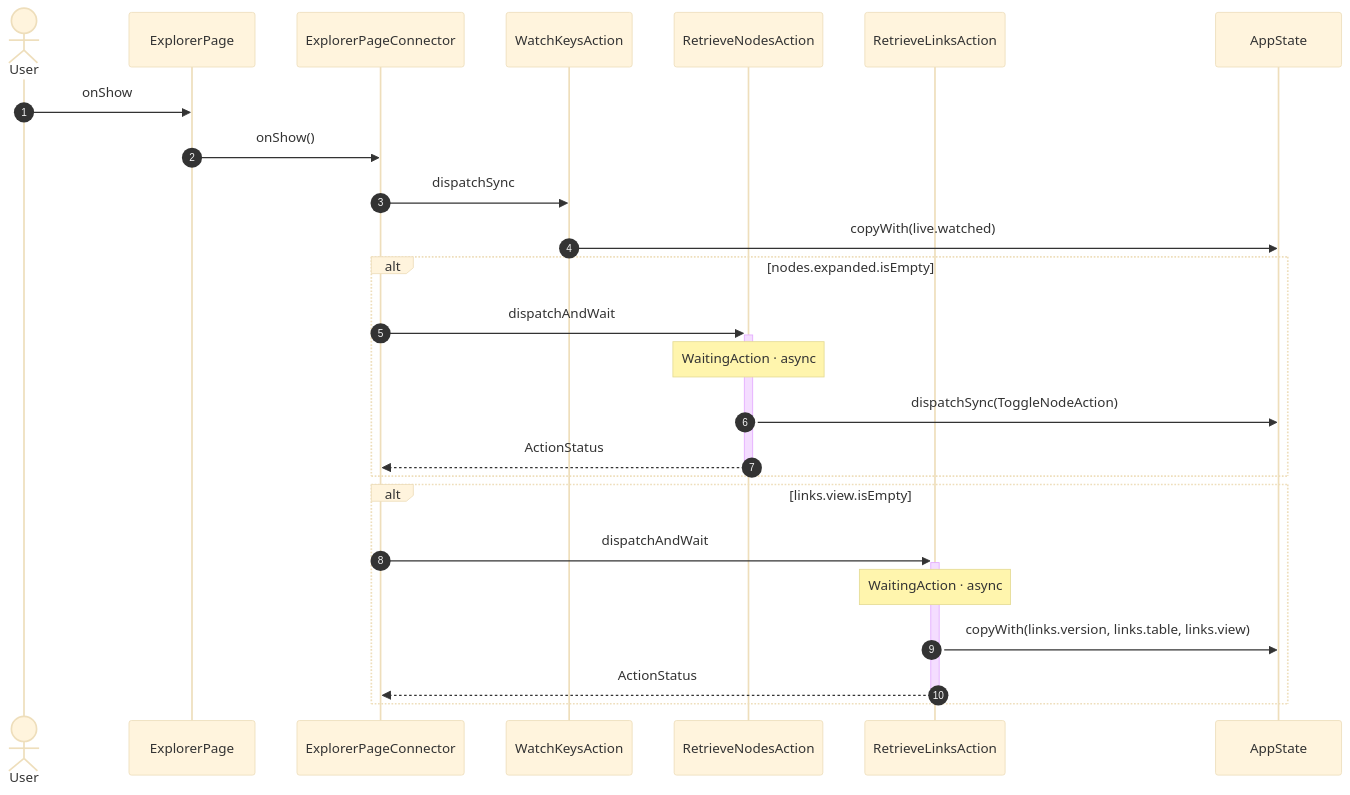
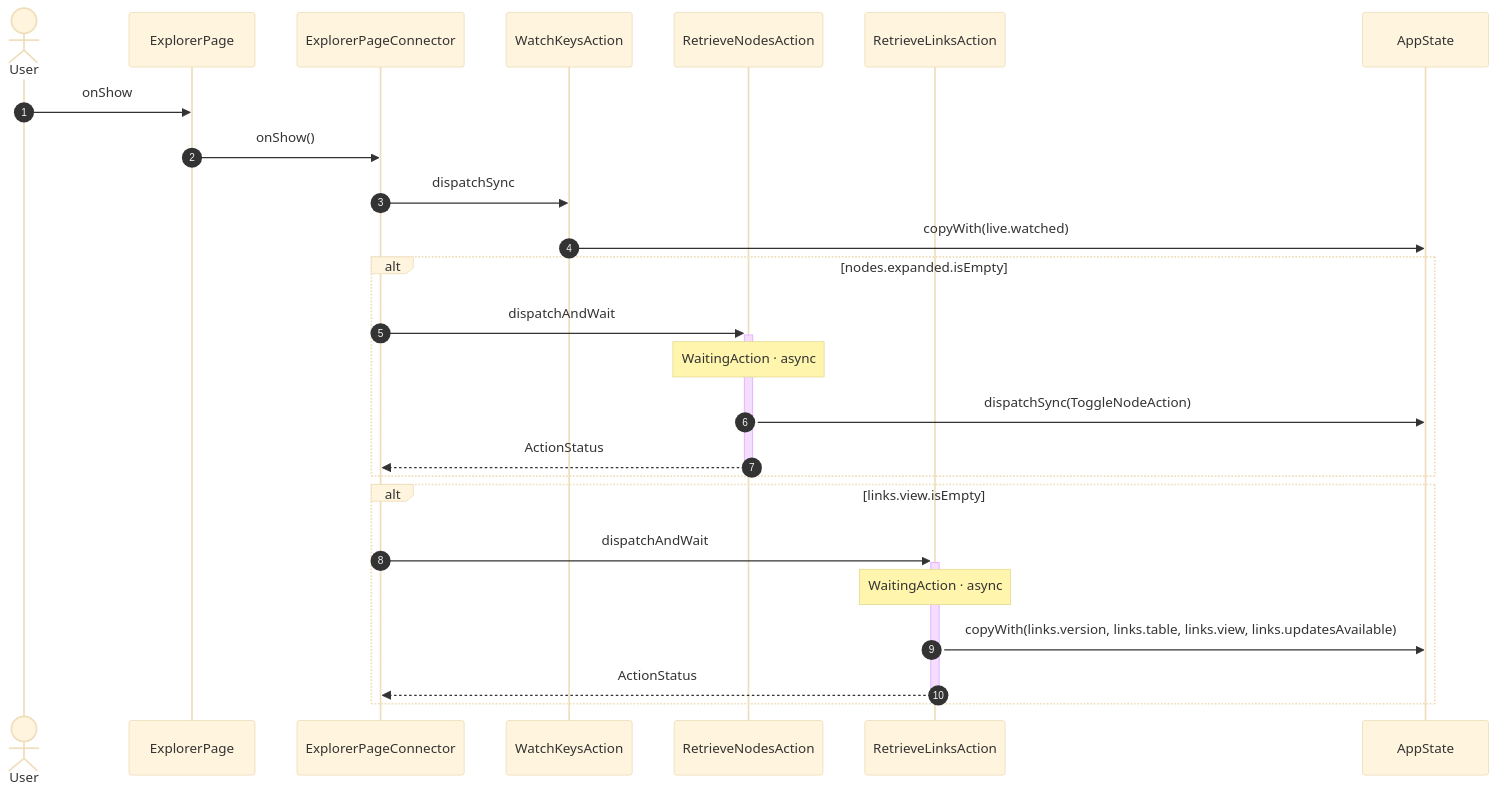
Before and after one commit to gencto/wyrm: the third of 31 diagrams in studio/docs/flows/explorer.md, drawn with Mermaid (base theme). The commit also changed other lines of this file and 131 other files, not shown here.

````diff
--- a/studio/docs/flows/explorer.md
+++ b/studio/docs/flows/explorer.md
@@ -45,28 +45,28 @@
 ```mermaid
 sequenceDiagram
     autonumber
     actor User
     participant UI as ExplorerPage
     participant VM as ExplorerPageConnector
     participant A1 as WatchKeysAction
     participant A2 as RetrieveNodesAction
     participant A3 as RetrieveLinksAction
     participant ST as AppState
 
     User->>UI: onShow
     UI->>VM: onShow()
     VM->>A1: dispatchSync
     A1->>ST: copyWith(live.watched)
     alt nodes.expanded.isEmpty
         VM->>+A2: dispatchAndWait
         Note over A2: WaitingAction · async
         A2->>ST: dispatchSync(ToggleNodeAction)
         A2-->>-VM: ActionStatus
     end
     alt links.view.isEmpty
         VM->>+A3: dispatchAndWait
         Note over A3: WaitingAction · async
-        A3->>ST: copyWith(links.version, links.table, links.view)
+        A3->>ST: copyWith(links.version, links.table, links.view, links.updatesAvailable)
         A3-->>-VM: ActionStatus
     end
 ```
````
